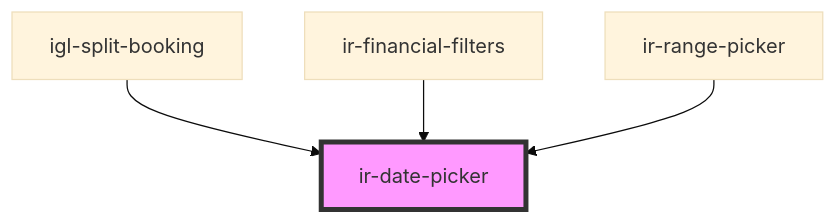
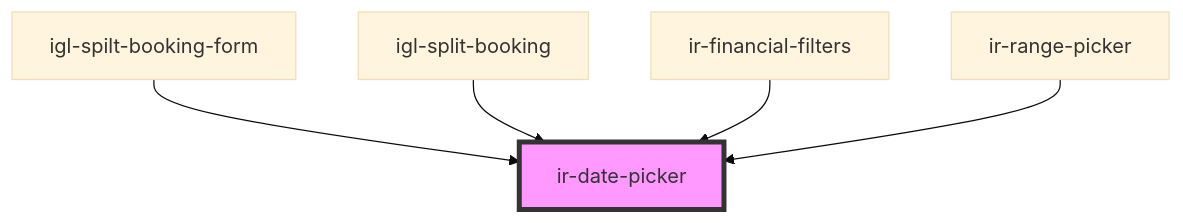
Before and after one commit to RonyRizk/ir-webcmp: the diagram in src/components/ui/ir-date-picker/readme.md, drawn with Mermaid (base theme). The commit also changed other lines of this file and 586 other files, not shown here.

````diff
--- a/src/components/ui/ir-date-picker/readme.md
+++ b/src/components/ui/ir-date-picker/readme.md
@@ -72,7 +73,8 @@
 ```mermaid
 graph TD;
+  igl-spilt-booking-form --> ir-date-picker
   igl-split-booking --> ir-date-picker
   ir-financial-filters --> ir-date-picker
   ir-range-picker --> ir-date-picker
   style ir-date-picker fill:#f9f,stroke:#333,stroke-width:4px
 ```
````
